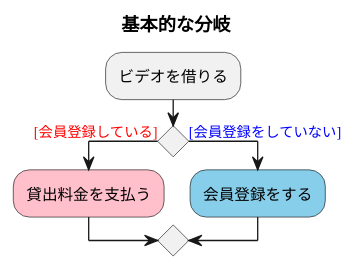
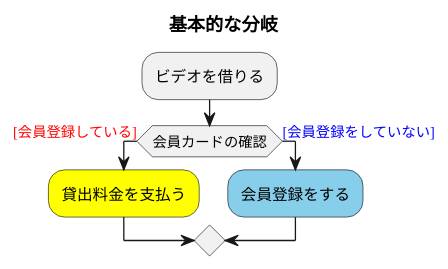
Before and after one commit to hosokawa3217/uml-exercises: the diagram in 図7-3_分岐(基本).pu, drawn with PlantUML. The commit also changed 13 other files, not shown here.

```diff
--- a/図7-3_分岐(基本).pu
+++ b/図7-3_分岐(基本).pu
@@ -1,11 +1,11 @@
 @startuml 分岐
 title 基本的な分岐
 
 :ビデオを借りる;
 
-if () is (<color:red>[会員登録している]) then
-#Pink:貸出料金を支払う;
+if (会員カードの確認)  then  (<color:red>[会員登録している])
+#Yellow:貸出料金を支払う;
 else (<color:blue>[会員登録をしていない])
 #skyblue:会員登録をする;
 
 @enduml
```
